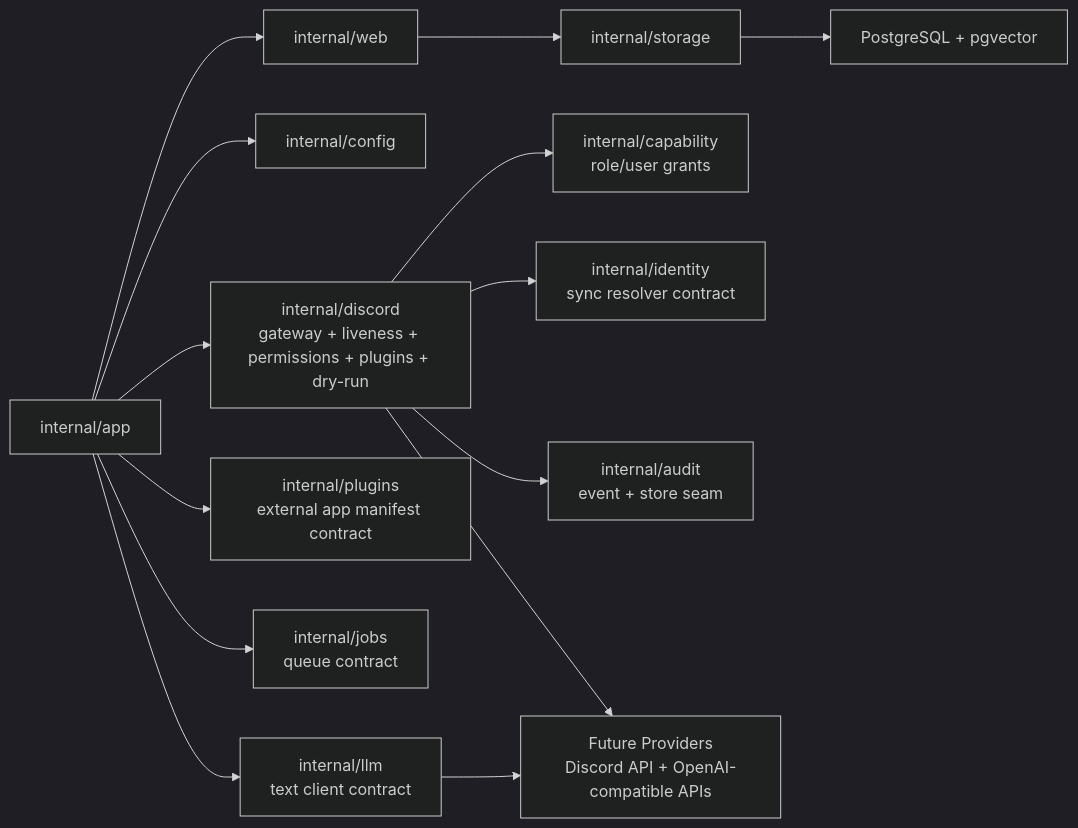
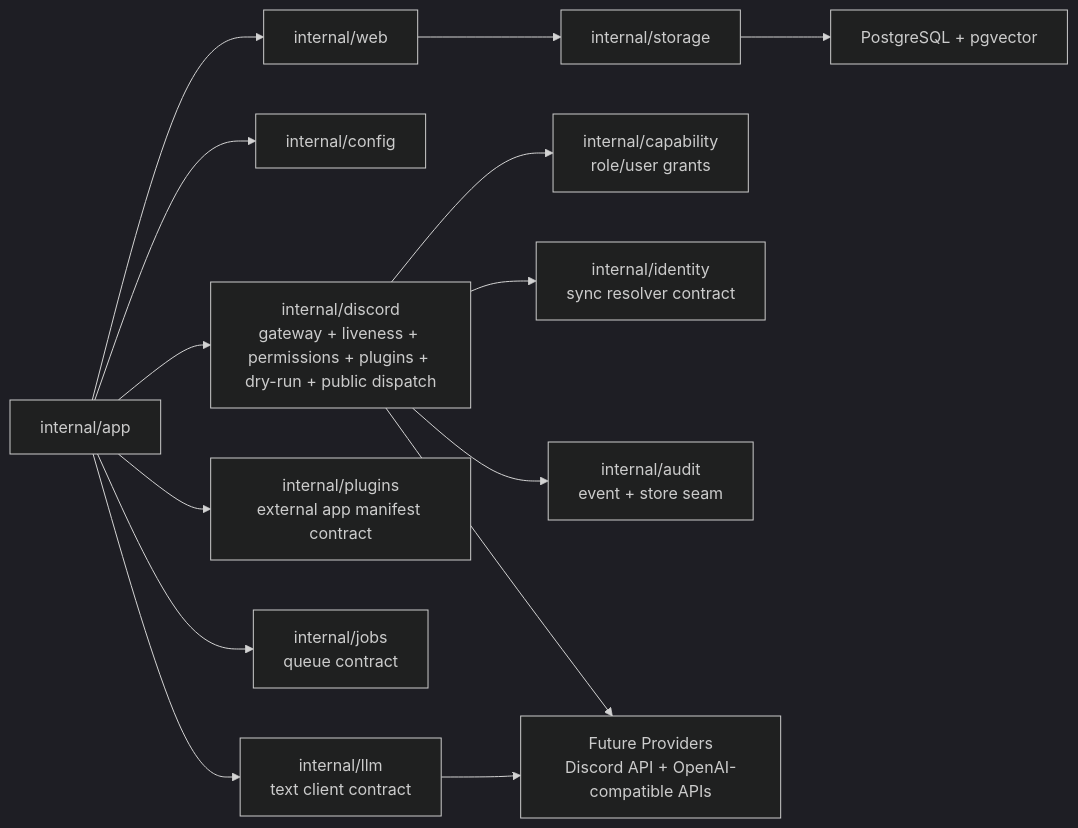
Before and after one commit to gOps132/GigiDC: the diagram in docs/diagrams/service-adapters.md, drawn with Mermaid (dark theme). The commit also changed other lines of this file and 18 other files, not shown here.

Commit message:
feat: dispatch public external app commands

````diff
--- a/docs/diagrams/service-adapters.md
+++ b/docs/diagrams/service-adapters.md
@@ -10,30 +10,30 @@
 ```mermaid
 flowchart LR
   App["internal/app"]
   Web["internal/web"]
   Config["internal/config"]
   Storage["internal/storage"]
-  Discord["internal/discord<br/>gateway + liveness + permissions + plugins + dry-run"]
+  Discord["internal/discord<br/>gateway + liveness + permissions + plugins + dry-run + public dispatch"]
   Capability["internal/capability<br/>role/user grants"]
   Identity["internal/identity<br/>sync resolver contract"]
   Audit["internal/audit<br/>event + store seam"]
   Plugins["internal/plugins<br/>external app manifest contract"]
   Jobs["internal/jobs<br/>queue contract"]
   LLM["internal/llm<br/>text client contract"]
   DB["PostgreSQL + pgvector"]
   Providers["Future Providers<br/>Discord API + OpenAI-compatible APIs"]
 
   App --> Web
   App --> Config
   Web --> Storage
   Storage --> DB
   App --> Discord
   Discord --> Identity
   Discord --> Capability
   Discord --> Audit
   App --> Plugins
   App --> Jobs
   App --> LLM
   Discord --> Providers
   LLM --> Providers
 ```
````
